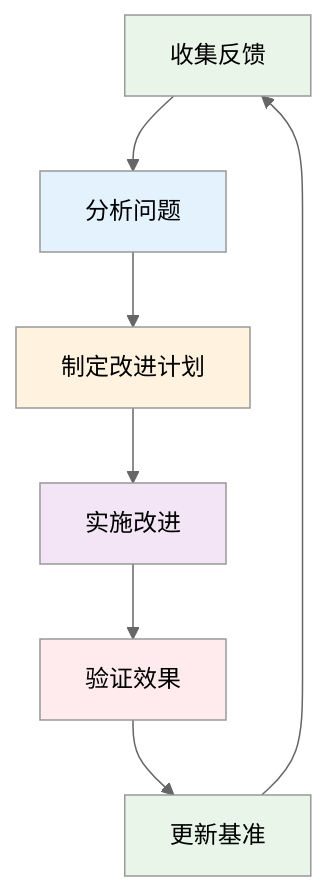
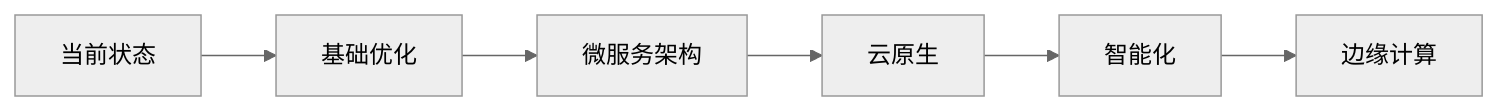
One commit to AdaMartin18010/common changed the sixth of 6 diagrams in GOLANG_COMMON_ARCHITECTURE_ANALYSIS_2025.md. Above: the diagram before and after it, drawn with Mermaid (neutral theme). The commit also changed other lines of this file, not shown here.

````diff
--- a/GOLANG_COMMON_ARCHITECTURE_ANALYSIS_2025.md
+++ b/GOLANG_COMMON_ARCHITECTURE_ANALYSIS_2025.md
@@ -1246,16 +1055,8 @@
 ```mermaid
-graph TD
-    A[收集反馈] --> B[分析问题]
-    B --> C[制定改进计划]
-    C --> D[实施改进]
-    D --> E[验证效果]
-    E --> F[更新基准]
-    F --> A
-    
-    style A fill:#e8f5e8
-    style B fill:#e3f2fd
-    style C fill:#fff3e0
-    style D fill:#f3e5f5
-    style E fill:#ffebee
-    style F fill:#e8f5e8
+graph LR
+    A[当前状态] --> B[基础优化]
+    B --> C[微服务架构]
+    C --> D[云原生]
+    D --> E[智能化]
+    E --> F[边缘计算]
 ```
````
